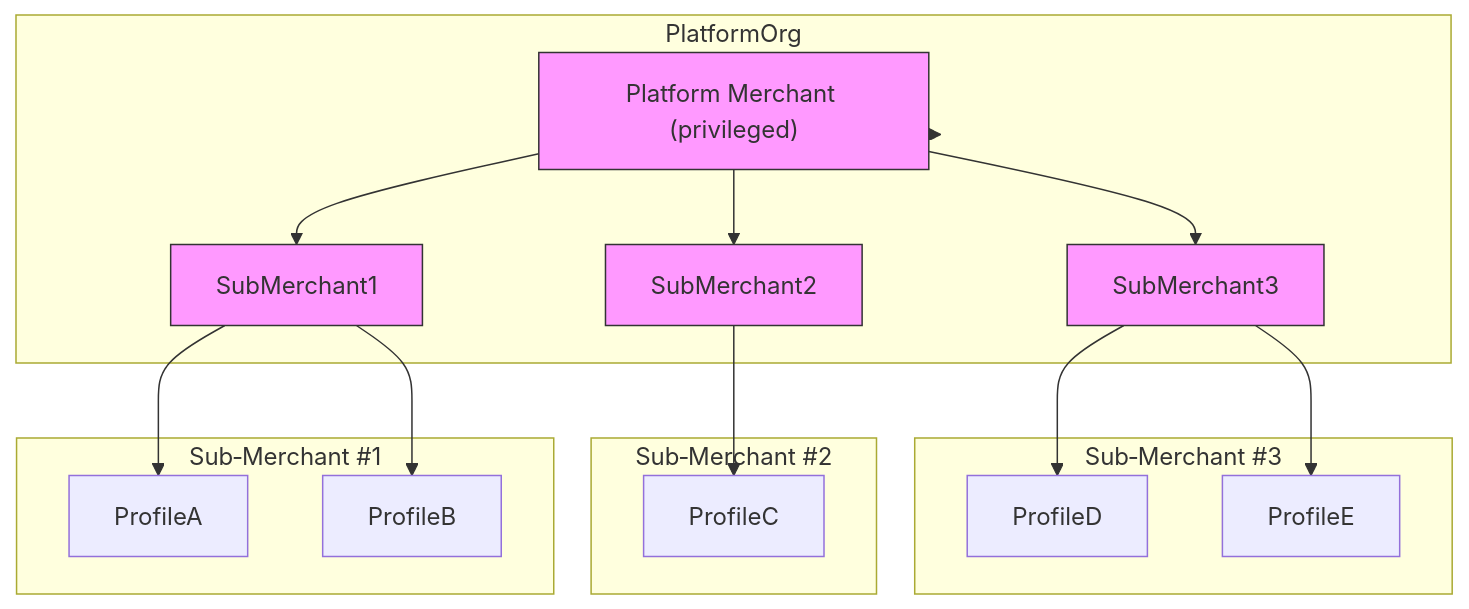
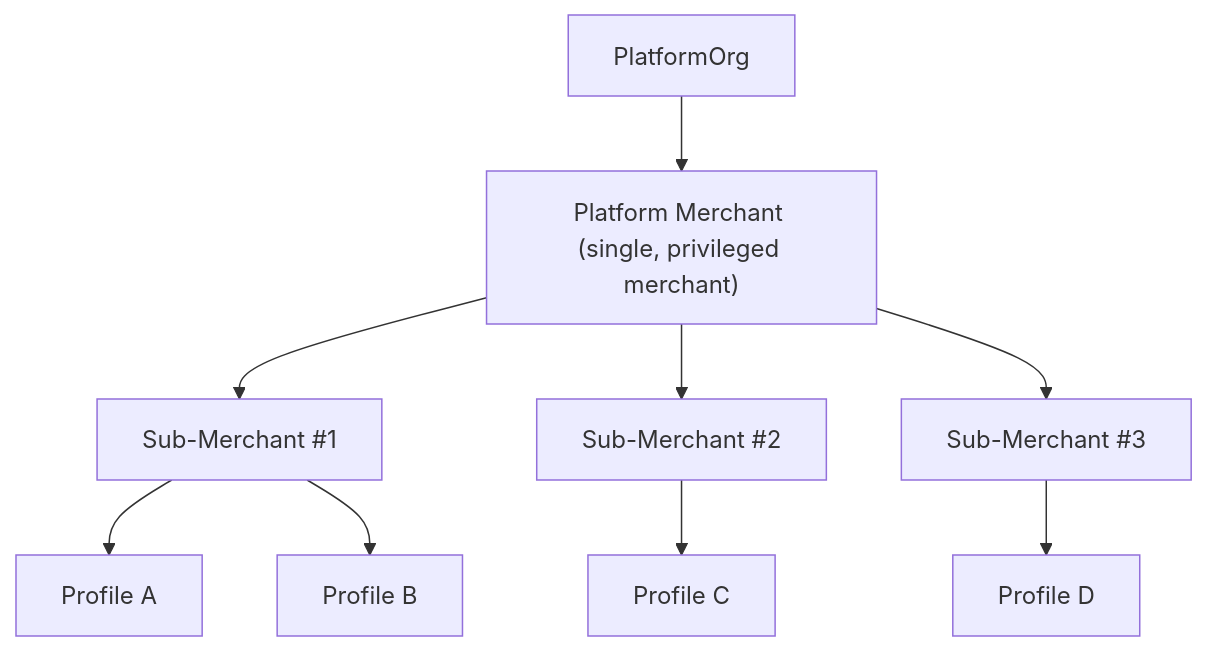
The diagram in explore-hyperswitch/account-management/multiple-accounts-and-profiles/platform-org-and-merchant-setup.md (juspay/hyperswitch-docs), drawn with Mermaid before and after one commit. The commit also changed other lines of this file, not shown here.

Commit message:
GITBOOK-1151: Platform org and merchant

````diff
--- a/explore-hyperswitch/account-management/multiple-accounts-and-profiles/platform-org-and-merchant-setup.md
+++ b/explore-hyperswitch/account-management/multiple-accounts-and-profiles/platform-org-and-merchant-setup.md
@@ -17,25 +15,14 @@
 ```mermaid
-graph TD
-  PlatformOrg --> PlatformMerchant
-  subgraph PlatformOrg
-    PlatformMerchant["Platform Merchant (privileged)"]
-    PlatformMerchant --> SubMerchant1
-    PlatformMerchant --> SubMerchant2
-    PlatformMerchant --> SubMerchant3
-  end
-  subgraph SubMerchant3Group["Sub‑Merchant #3"]
-    SubMerchant3 --> ProfileD
-    SubMerchant3 --> ProfileE
-  end
-  subgraph SubMerchant2Group["Sub‑Merchant #2"]
-    SubMerchant2 --> ProfileC
-  end
+flowchart TD
+  PlatformOrg["PlatformOrg"] --> PlatformMerchant["Platform Merchant (single, privileged merchant)"]
+  
+  PlatformMerchant --> SubMerchant1["Sub-Merchant #1"]
+  PlatformMerchant --> SubMerchant2["Sub-Merchant #2"]
+  PlatformMerchant --> SubMerchant3["Sub-Merchant #3"]
 
-  subgraph SubMerchant1Group["Sub‑Merchant #1"]
-    SubMerchant1 --> ProfileA
-    SubMerchant1 --> ProfileB
-  end  
+  SubMerchant1 --> ProfileA["Profile A"]
+  SubMerchant1 --> ProfileB["Profile B"]
+  SubMerchant2 --> ProfileC["Profile C"]
+  SubMerchant3 --> ProfileD["Profile D"]
 
-  classDef merchant fill:#f9f,stroke:#333,stroke-width:1px;
-  class PlatformMerchant,SubMerchant1,SubMerchant2,SubMerchant3 merchant;
 ```
````
